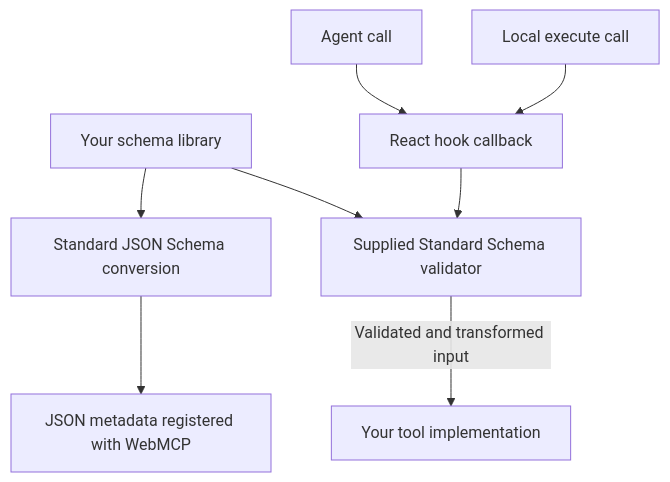
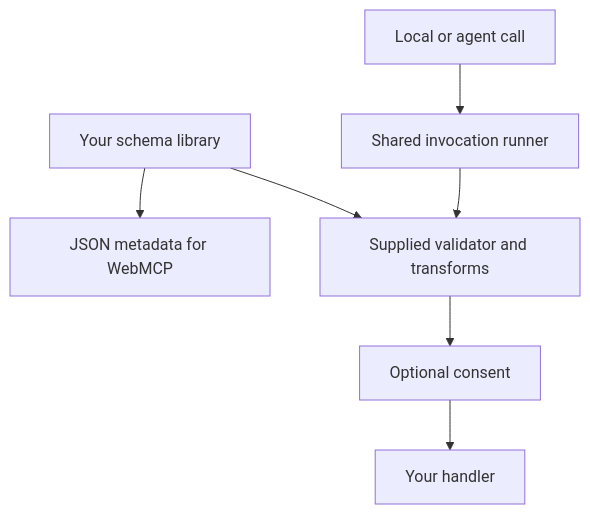
One commit to WebMCP-org/npm-packages changed the second of 2 diagrams in apps/documentation-website/explanation/strict-core-vs-mcp-b-extensions.mdx. Above: the diagram before and after it, drawn with Mermaid. The commit also changed other lines of this file and 99 other files, not shown here.

````diff
--- a/apps/documentation-website/explanation/strict-core-vs-mcp-b-extensions.mdx
+++ b/apps/documentation-website/explanation/strict-core-vs-mcp-b-extensions.mdx
@@ -70,10 +70,9 @@
 ```mermaid
 flowchart TD
-  Schema["Your schema library"] --> Metadata["Standard JSON Schema conversion"]
-  Metadata --> Browser["JSON metadata registered with WebMCP"]
-  Schema --> Validator["Supplied Standard Schema validator"]
-  Agent["Agent call"] --> Hook["React hook callback"]
-  Local["Local execute call"] --> Hook
-  Hook --> Validator
-  Validator -->|"Validated and transformed input"| Handler["Your tool implementation"]
+  Schema["Your schema library"] --> Metadata["JSON metadata for WebMCP"]
+  Schema --> Validate["Supplied validator and transforms"]
+  Call["Local or agent call"] --> Runner["Shared invocation runner"]
+  Runner --> Validate
+  Validate --> Consent["Optional consent"]
+  Consent --> Handler["Your handler"]
 ```
````
